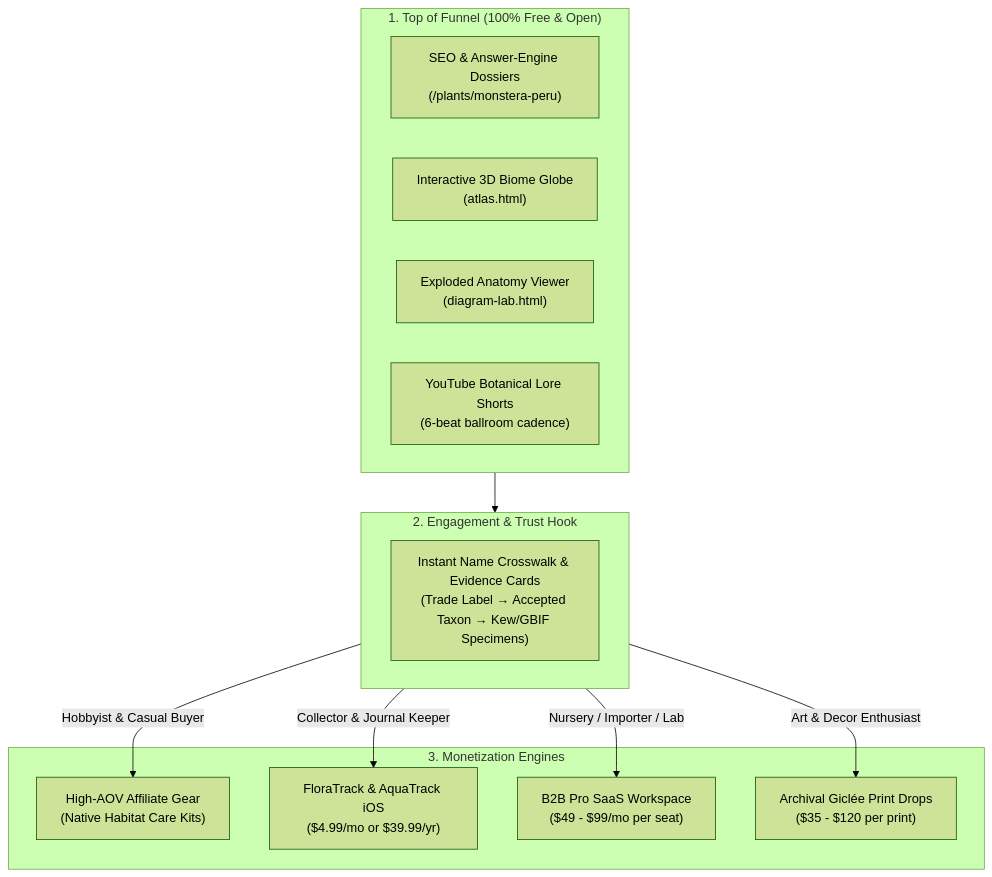
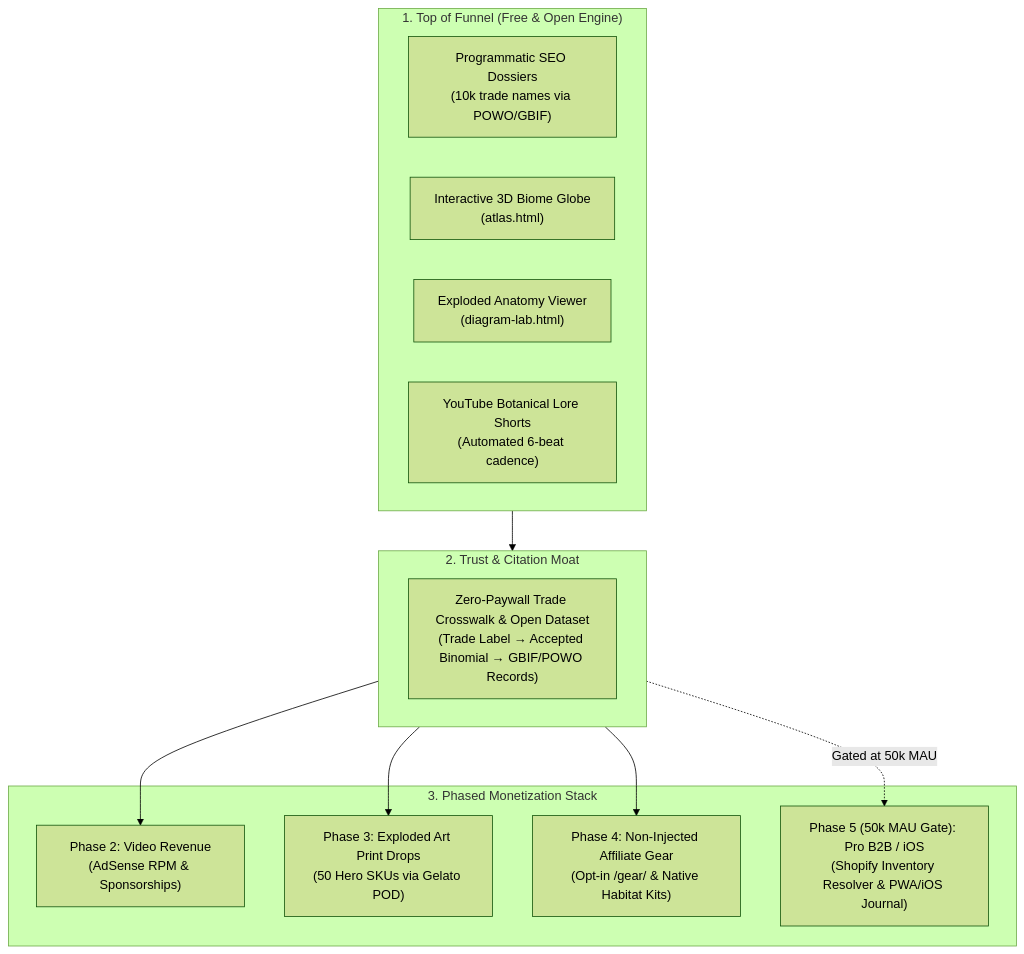
Before and after one commit to wowthisiseasytoremember-stack/endemic-site: the diagram in docs/MONETIZATION_AND_ACQUISITION_PLAN.md, drawn with Mermaid (forest theme). The commit also changed other lines of this file, not shown here.

Commit message:
docs: update monetization blueprint with MMR consensus, 5-phase sequential roadmap, and legal guardrails

````diff
--- a/docs/MONETIZATION_AND_ACQUISITION_PLAN.md
+++ b/docs/MONETIZATION_AND_ACQUISITION_PLAN.md
@@ -20,26 +20,26 @@
 ```mermaid
 flowchart TD
-    subgraph TOFU["1. Top of Funnel (100% Free & Open)"]
-        A1["SEO & Answer-Engine Dossiers<br/>(/plants/monstera-peru)"]
+    subgraph TOFU["1. Top of Funnel (Free & Open Engine)"]
+        A1["Programmatic SEO Dossiers<br/>(10k trade names via POWO/GBIF)"]
         A2["Interactive 3D Biome Globe<br/>(atlas.html)"]
         A3["Exploded Anatomy Viewer<br/>(diagram-lab.html)"]
-        A4["YouTube Botanical Lore Shorts<br/>(6-beat ballroom cadence)"]
+        A4["YouTube Botanical Lore Shorts<br/>(Automated 6-beat cadence)"]
     end
 
-    subgraph ENGAGE["2. Engagement & Trust Hook"]
-        B["Instant Name Crosswalk & Evidence Cards<br/>(Trade Label → Accepted Taxon → Kew/GBIF Specimens)"]
+    subgraph TRUST["2. Trust & Citation Moat"]
+        B["Zero-Paywall Trade Crosswalk & Open Dataset<br/>(Trade Label → Accepted Binomial → GBIF/POWO Records)"]
     end
 
-    subgraph MONETIZE["3. Monetization Engines"]
-        C1["High-AOV Affiliate Gear<br/>(Native Habitat Care Kits)"]
-        C2["FloraTrack & AquaTrack iOS<br/>($4.99/mo or $39.99/yr)"]
-        C3["B2B Pro SaaS Workspace<br/>($49 - $99/mo per seat)"]
-        C4["Archival Giclée Print Drops<br/>($35 - $120 per print)"]
+    subgraph PHASED_REVENUE["3. Phased Monetization Stack"]
+        C1["Phase 2: Video Revenue<br/>(AdSense RPM & Sponsorships)"]
+        C2["Phase 3: Exploded Art Print Drops<br/>(50 Hero SKUs via Gelato POD)"]
+        C3["Phase 4: Non-Injected Affiliate Gear<br/>(Opt-in /gear/ & Native Habitat Kits)"]
+        C4["Phase 5 (50k MAU Gate): Pro B2B / iOS<br/>(Shopify Inventory Resolver & PWA/iOS Journal)"]
     end
 
-    TOFU --> ENGAGE
-    ENGAGE -->|Hobbyist & Casual Buyer| C1
-    ENGAGE -->|Collector & Journal Keeper| C2
-    ENGAGE -->|Nursery / Importer / Lab| C3
-    ENGAGE -->|Art & Decor Enthusiast| C4
+    TOFU --> TRUST
+    TRUST --> C1
+    TRUST --> C2
+    TRUST --> C3
+    TRUST -.->|Gated at 50k MAU| C4
 ```
````
